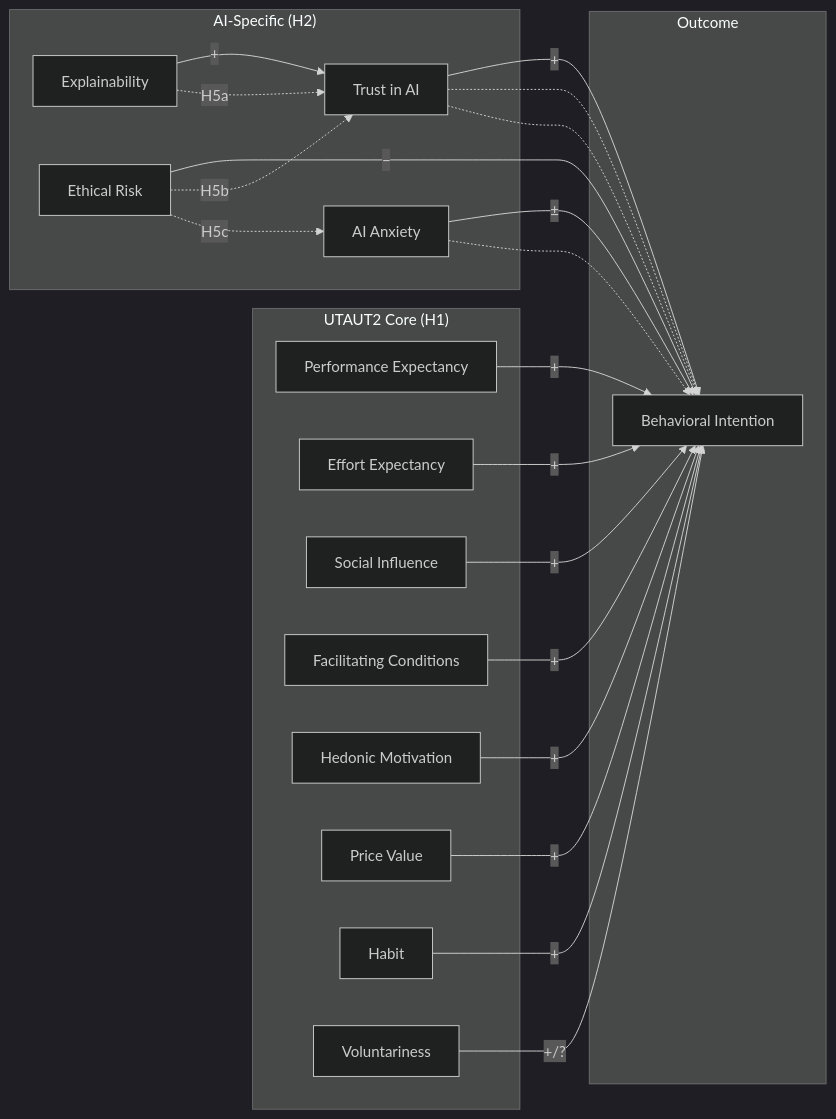
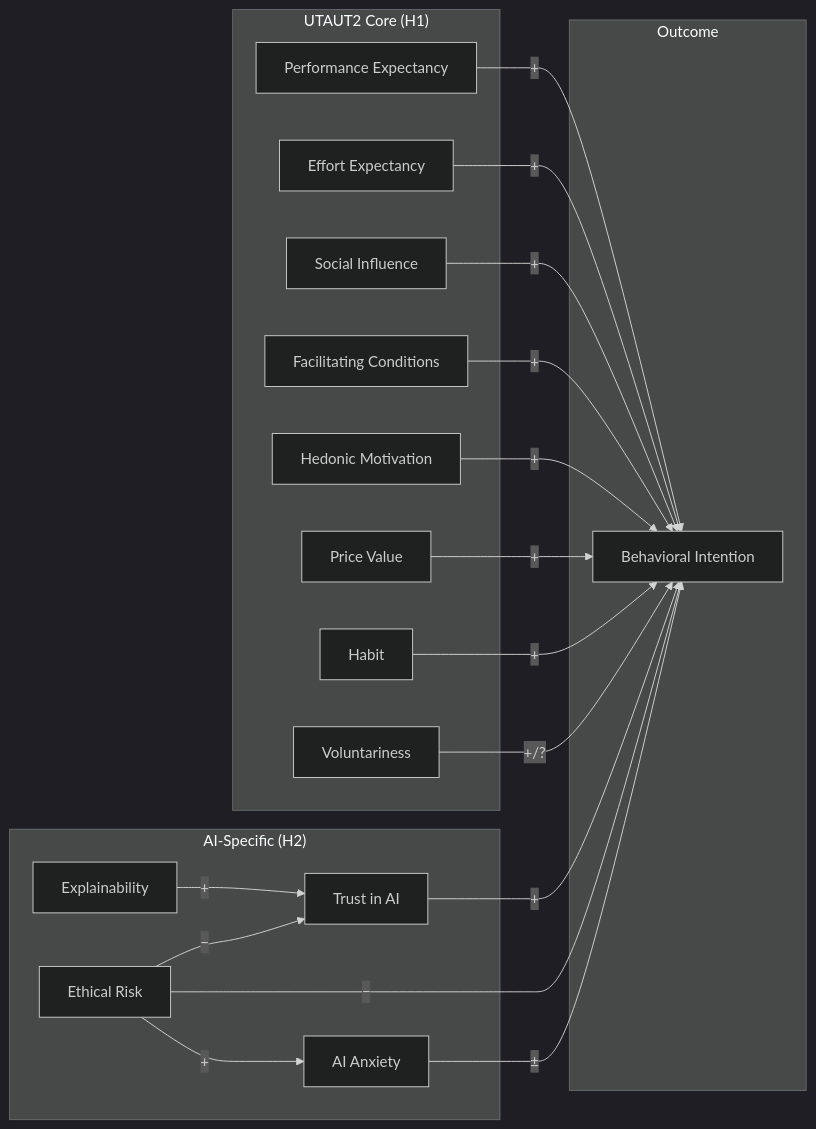
The first of 4 diagrams in plan/ANALYSIS_PLAN.md (fabioc-aloha/AIRS_Data_Analysis), drawn with Mermaid (dark theme) before and after one commit. The commit also changed other lines of this file and 135 other files, not shown here.

````diff
--- a/plan/ANALYSIS_PLAN.md
+++ b/plan/ANALYSIS_PLAN.md
@@ -18,42 +18,44 @@
 ```mermaid
 flowchart LR
     subgraph UTAUT2["UTAUT2 Core (H1)"]
         PE[Performance Expectancy]
         EE[Effort Expectancy]
         SI[Social Influence]
         FC[Facilitating Conditions]
         HM[Hedonic Motivation]
         PV[Price Value]
         HB[Habit]
         VO[Voluntariness]
     end
 
     subgraph AI["AI-Specific (H2)"]
         TR[Trust in AI]
         EX[Explainability]
         ER[Ethical Risk]
         AX[AI Anxiety]
     end
 
     subgraph Outcome["Outcome"]
         BI[Behavioral Intention]
     end
 
+    %% UTAUT2 direct effects
     PE -->|+| BI
     EE -->|+| BI
     SI -->|+| BI
     FC -->|+| BI
     HM -->|+| BI
     PV -->|+| BI
     HB -->|+| BI
     VO -->|+/?| BI
 
+    %% AI-specific direct effects
     TR -->|+| BI
-    EX -->|+| TR
     ER -->|−| BI
     AX -->|±| BI
 
-    EX -.->|H5a| TR -.-> BI
-    ER -.->|H5b| TR -.-> BI
-    ER -.->|H5c| AX -.-> BI
+    %% Mediation paths (H5)
+    EX -->|+| TR
+    ER -->|−| TR
+    ER -->|+| AX
 ```
````
